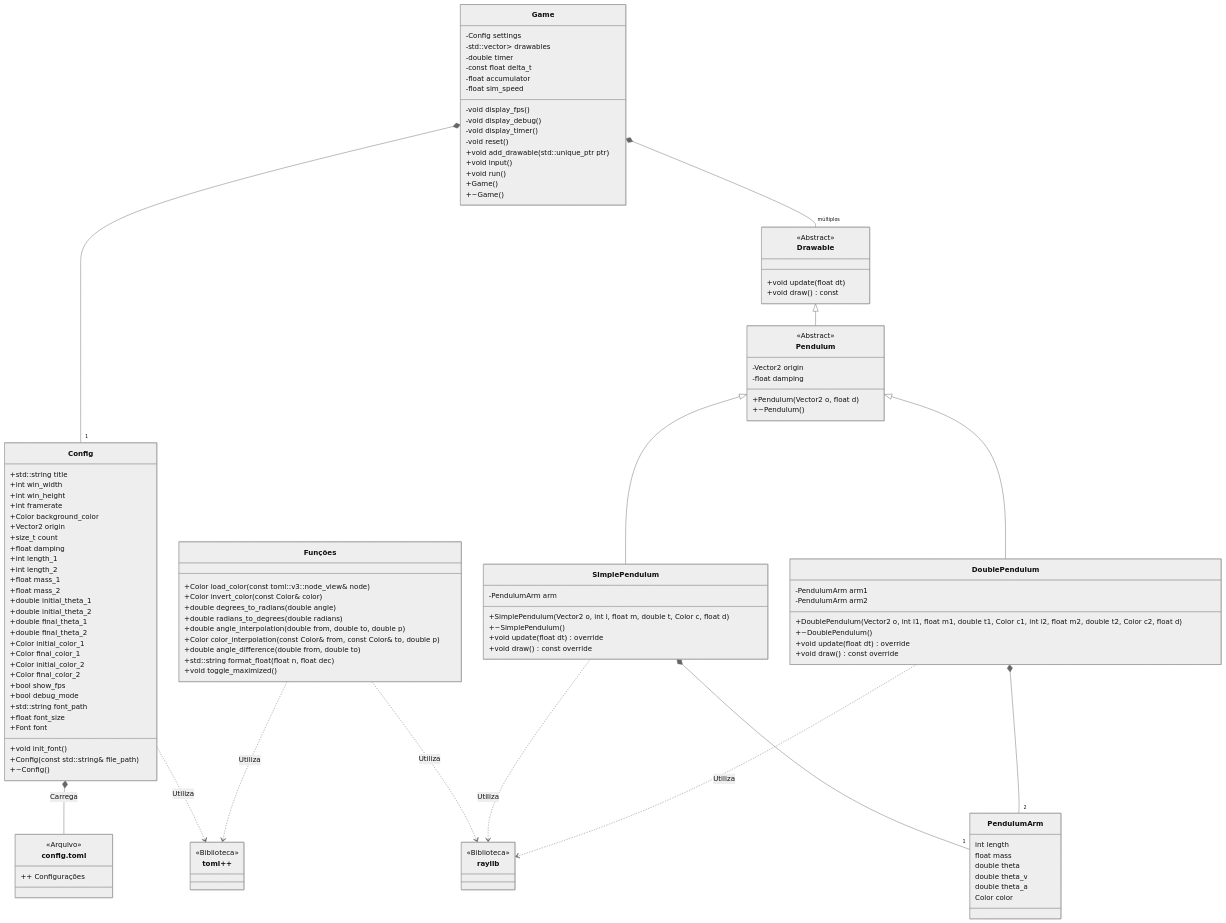
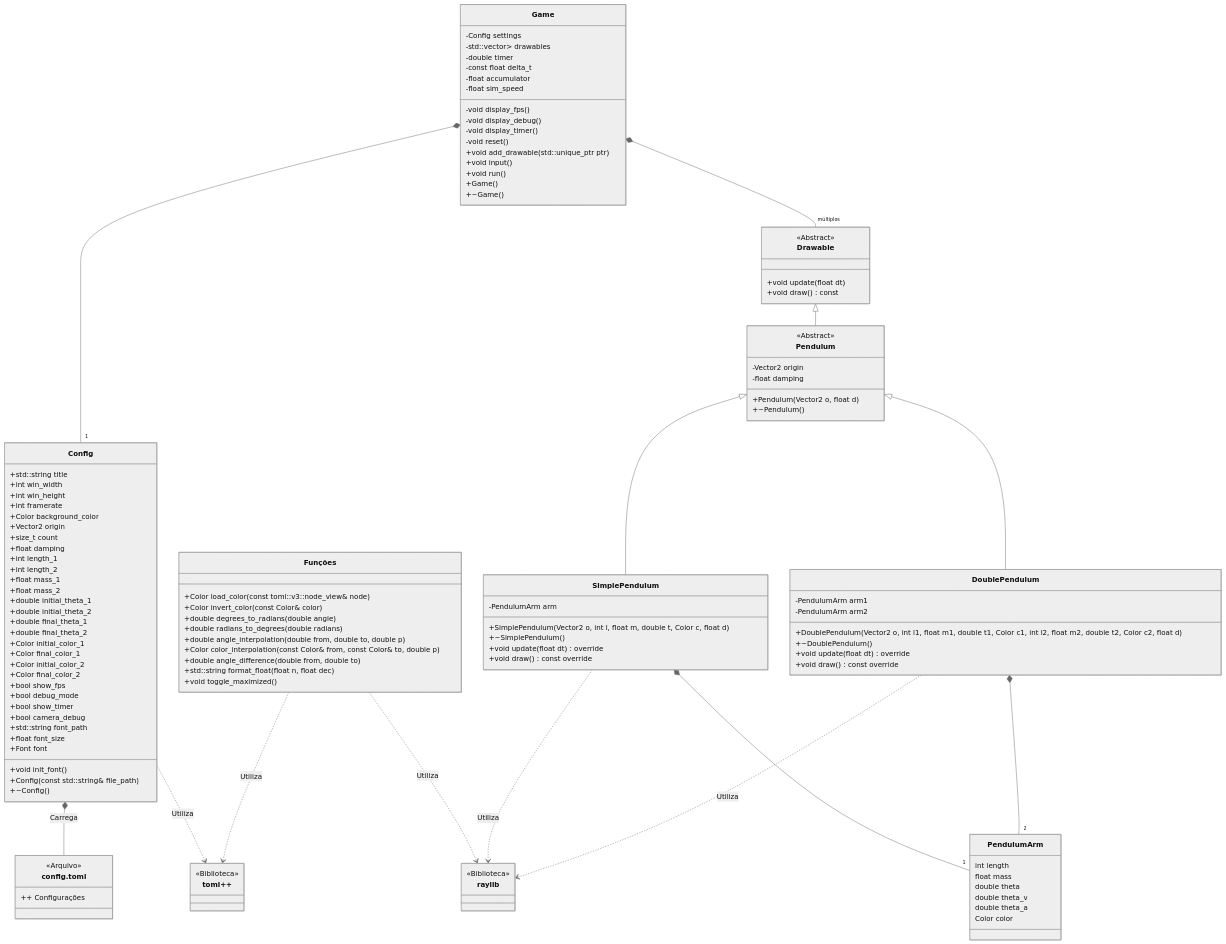
Before and after one commit to SamVeras/ChaoticDPends: the diagram in readme.md, drawn with Mermaid. The commit also changed other lines of this file and 4 other files, not shown here.

Commit message:
Camera debug

```diff
--- a/readme.md
+++ b/readme.md
@@ -178,6 +179,8 @@
       +Color final_color_2
       +bool show_fps
       +bool debug_mode
+      +bool show_timer
+      +bool camera_debug
       +std::string font_path
       +float font_size
       +Font font
```
